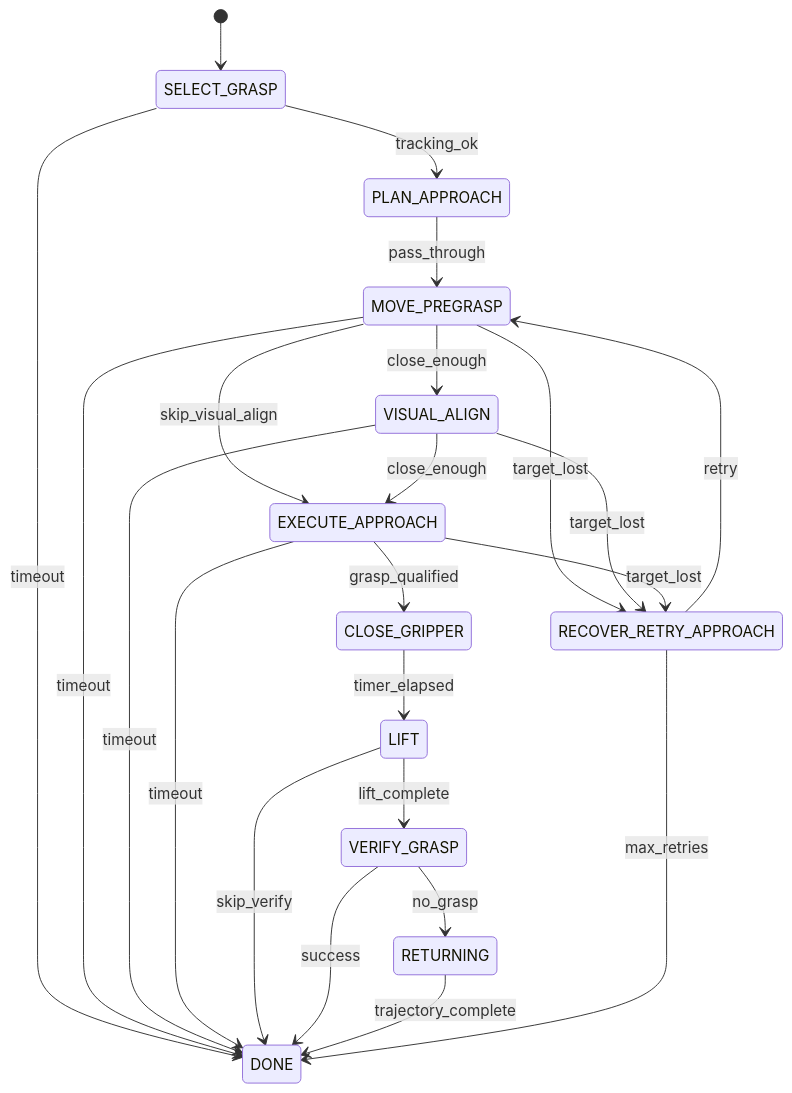
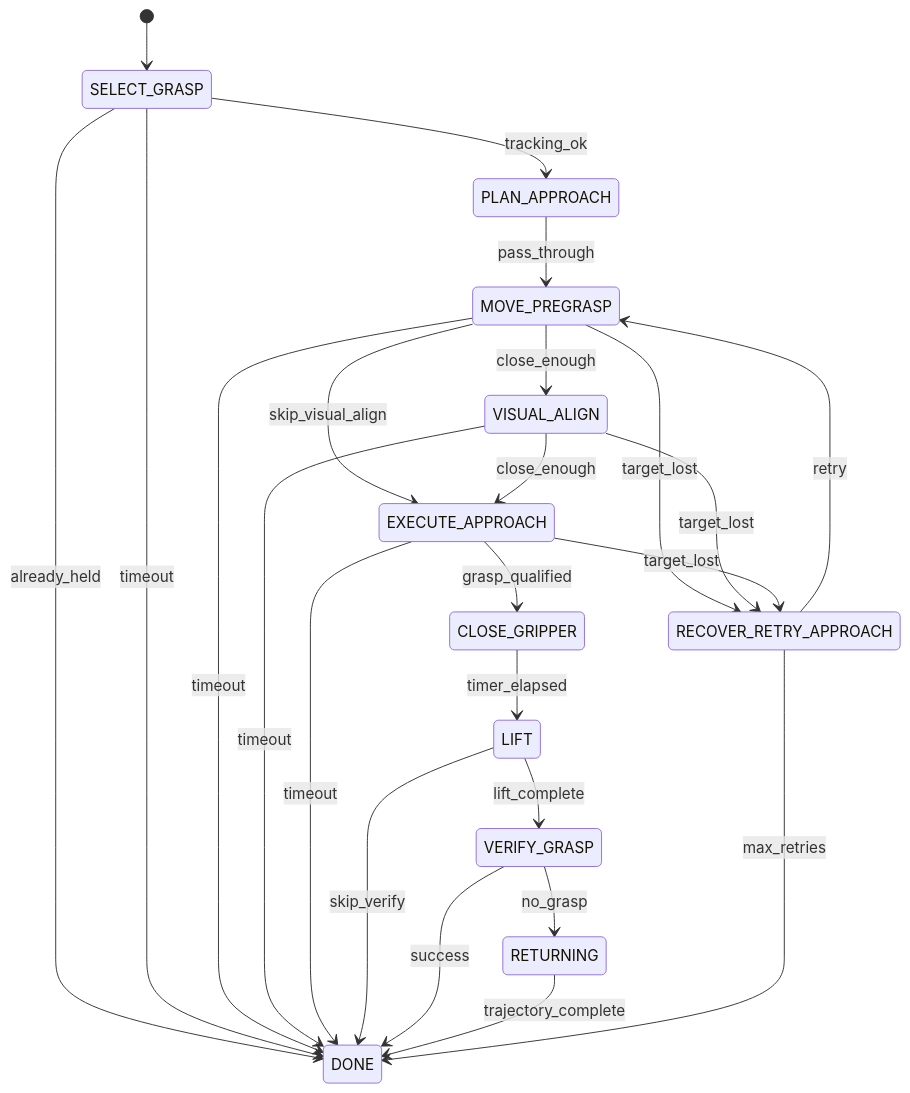
One commit to andrei-ace/HALO changed the diagram in configs/skills/pick/default.mmd. Above: the diagram before and after it, drawn with Mermaid. The commit also changed 5 other files, not shown here.

First line of the commit message:
feat: skip pick skill when target object is already held

```diff
--- a/configs/skills/pick/default.mmd
+++ b/configs/skills/pick/default.mmd
@@ -1,23 +1,24 @@
 stateDiagram-v2
     [*] --> SELECT_GRASP
     SELECT_GRASP --> PLAN_APPROACH : tracking_ok
+    SELECT_GRASP --> DONE : already_held
     SELECT_GRASP --> DONE : timeout
     PLAN_APPROACH --> MOVE_PREGRASP : pass_through
     MOVE_PREGRASP --> VISUAL_ALIGN : close_enough
     MOVE_PREGRASP --> RECOVER_RETRY_APPROACH : target_lost
     MOVE_PREGRASP --> EXECUTE_APPROACH : skip_visual_align
     MOVE_PREGRASP --> DONE : timeout
     VISUAL_ALIGN --> EXECUTE_APPROACH : close_enough
     VISUAL_ALIGN --> RECOVER_RETRY_APPROACH : target_lost
     VISUAL_ALIGN --> DONE : timeout
     EXECUTE_APPROACH --> CLOSE_GRIPPER : grasp_qualified
     EXECUTE_APPROACH --> RECOVER_RETRY_APPROACH : target_lost
     EXECUTE_APPROACH --> DONE : timeout
     CLOSE_GRIPPER --> LIFT : timer_elapsed
     LIFT --> VERIFY_GRASP : lift_complete
     LIFT --> DONE : skip_verify
     VERIFY_GRASP --> DONE : success
     VERIFY_GRASP --> RETURNING : no_grasp
     RETURNING --> DONE : trajectory_complete
     RECOVER_RETRY_APPROACH --> MOVE_PREGRASP : retry
     RECOVER_RETRY_APPROACH --> DONE : max_retries
```
